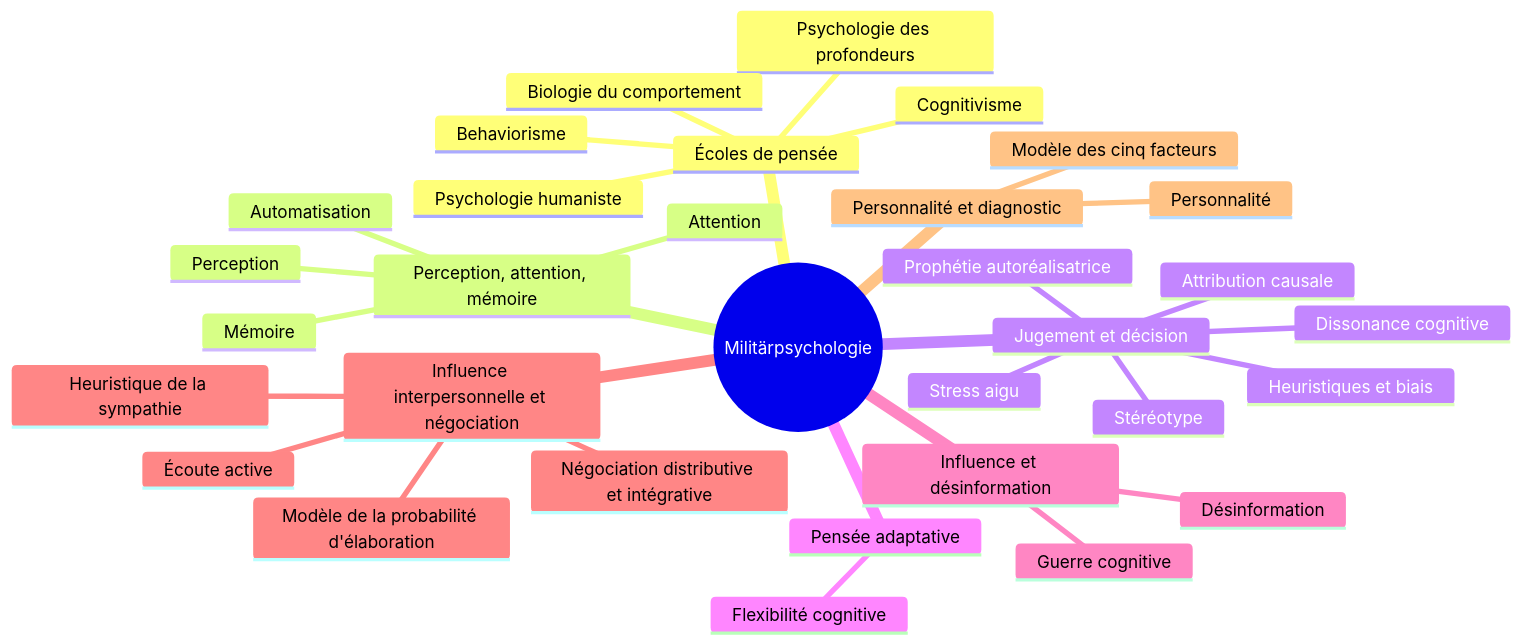
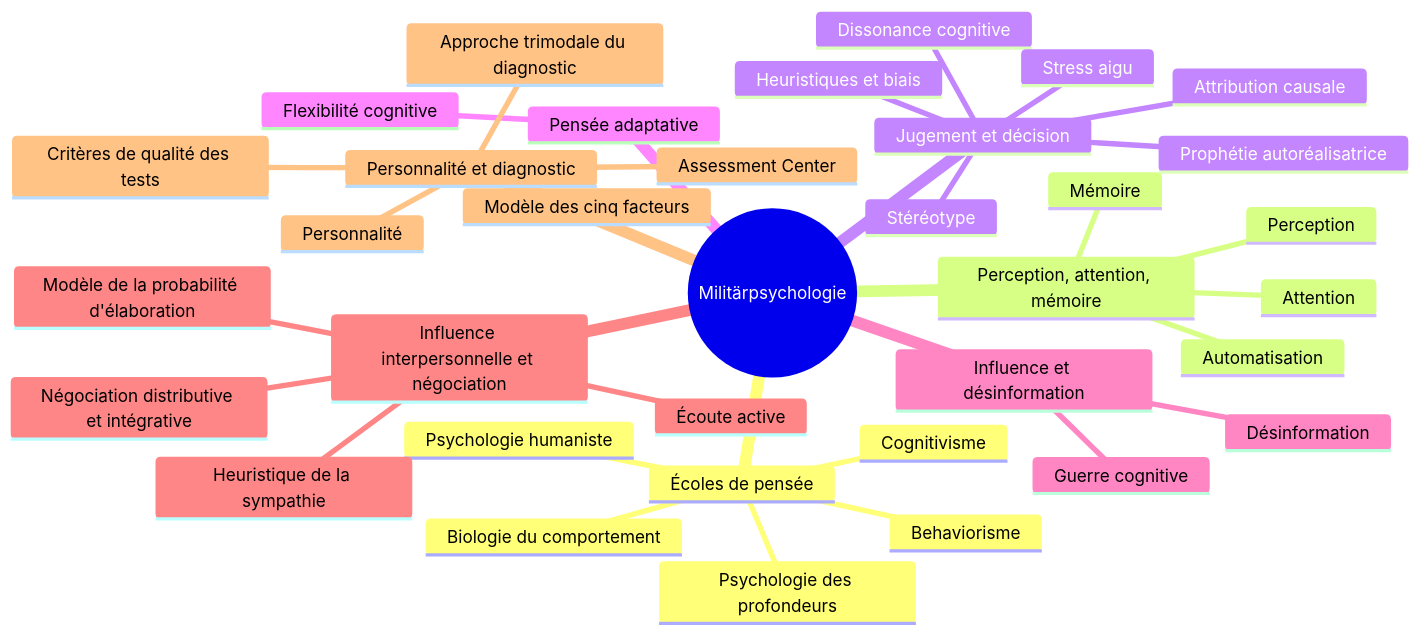
Before and after one commit to aidraxowl/NEXUS: the diagram in NEXUS/09-Learning/Course-Maps/HS26 - Militärpsychologie und -pädagogik.md, drawn with Mermaid. The commit also changed other lines of this file and 21 other files, not shown here.

````diff
--- a/NEXUS/09-Learning/Course-Maps/HS26 - Militärpsychologie und -pädagogik.md
+++ b/NEXUS/09-Learning/Course-Maps/HS26 - Militärpsychologie und -pädagogik.md
@@ -22,35 +22,38 @@
 ```mermaid
 mindmap
   root((Militärpsychologie))
     Écoles de pensée
       Psychologie des profondeurs
       Behaviorisme
       Biologie du comportement
       Psychologie humaniste
       Cognitivisme
     Perception, attention, mémoire
       Perception
       Attention
       Automatisation
       Mémoire
     Jugement et décision
       Heuristiques et biais
       Attribution causale
       Dissonance cognitive
       Stéréotype
       Prophétie autoréalisatrice
       Stress aigu
     Pensée adaptative
       Flexibilité cognitive
     Influence et désinformation
       Guerre cognitive
       Désinformation
     Influence interpersonnelle et négociation
       Modèle de la probabilité d'élaboration
       Heuristique de la sympathie
       Écoute active
       Négociation distributive et intégrative
     Personnalité et diagnostic
       Personnalité
       Modèle des cinq facteurs
+      Critères de qualité des tests
+      Approche trimodale du diagnostic
+      Assessment Center
 ```
````
